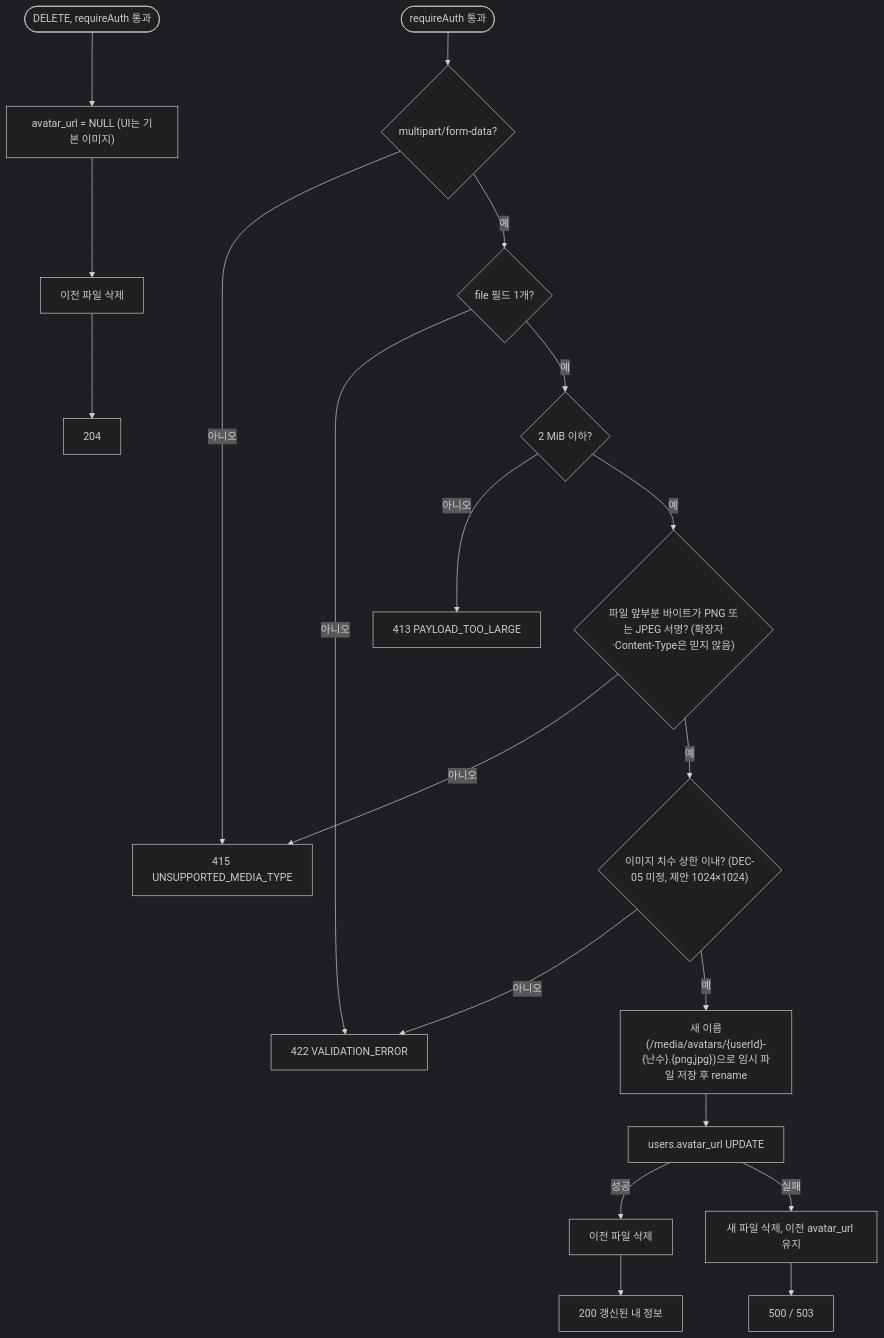
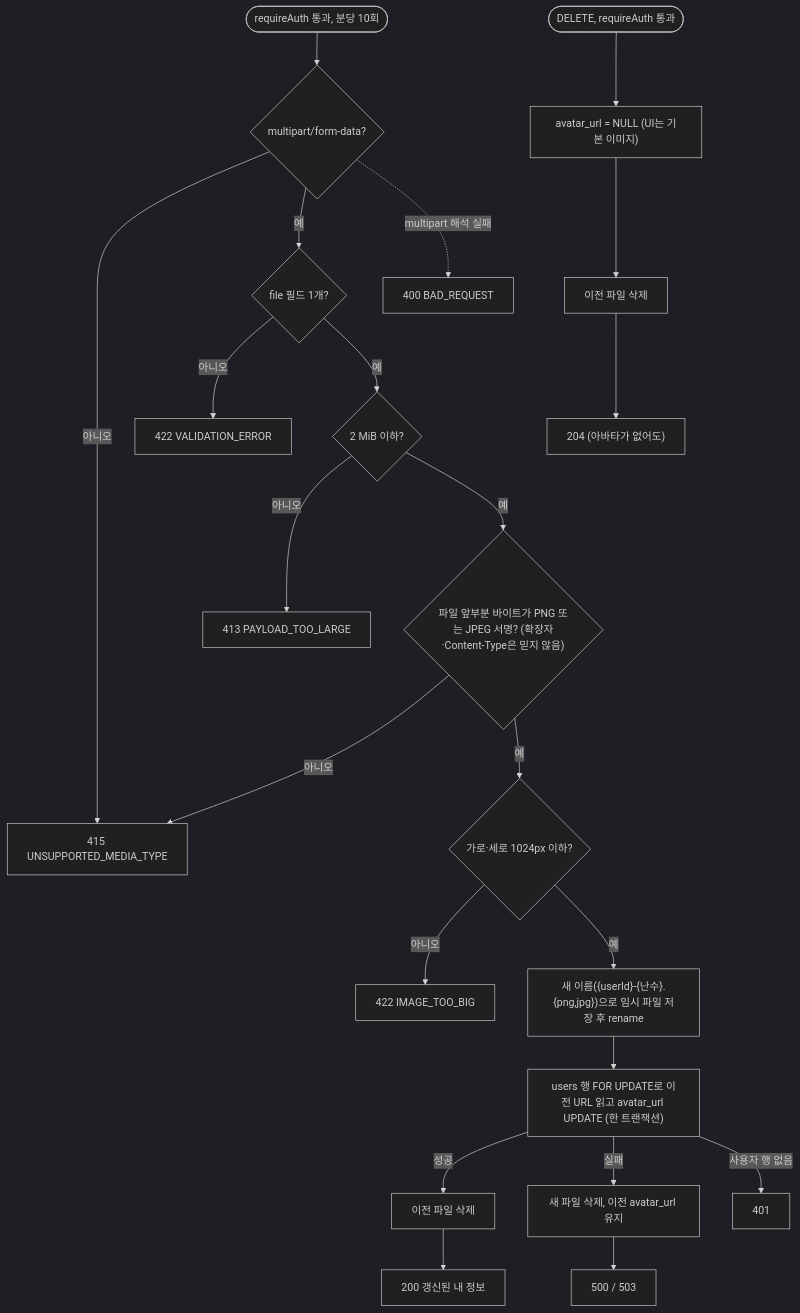
Diagram 46 of 49 in Document/SDS.md (EscapeFromGyeongsan/ft_transcendence), drawn with Mermaid (dark theme) before and after one commit. The commit also changed other lines of this file and 11 other files, not shown here.

Commit message:
feat(server): add avatar upload, delete and file serving

````diff
--- a/Document/SDS.md
+++ b/Document/SDS.md
@@ -1584,18 +1584,20 @@
 ```mermaid
 flowchart TD
-    S([requireAuth 통과]) --> M{multipart/form-data?}
+    S([requireAuth 통과, 분당 10회]) --> M{multipart/form-data?}
     M -->|아니오| R415[415 UNSUPPORTED_MEDIA_TYPE]
     M -->|예| F{file 필드 1개?}
     F -->|아니오| R422[422 VALIDATION_ERROR]
+    M -.->|multipart 해석 실패| R400[400 BAD_REQUEST]
     F -->|예| Size{2 MiB 이하?}
     Size -->|아니오| R413[413 PAYLOAD_TOO_LARGE]
     Size -->|예| Magic{"파일 앞부분 바이트가 PNG 또는 JPEG 서명? (확장자·Content-Type은 믿지 않음)"}
     Magic -->|아니오| R415
-    Magic -->|예| Dim{"이미지 치수 상한 이내? (DEC-05 미정, 제안 1024×1024)"}
-    Dim -->|아니오| R422
-    Dim -->|예| Write["새 이름(/media/avatars/{userId}-{난수}.{png,jpg})으로 임시 파일 저장 후 rename"]
-    Write --> Up["users.avatar_url UPDATE"]
+    Magic -->|예| Dim{"가로·세로 1024px 이하?"}
+    Dim -->|아니오| R422b[422 IMAGE_TOO_BIG]
+    Dim -->|예| Write["새 이름({userId}-{난수}.{png,jpg})으로 임시 파일 저장 후 rename"]
+    Write --> Up["users 행 FOR UPDATE로 이전 URL 읽고 avatar_url UPDATE (한 트랜잭션)"]
     Up -->|성공| Old[이전 파일 삭제] --> R200[200 갱신된 내 정보]
     Up -->|실패| Clean[새 파일 삭제, 이전 avatar_url 유지] --> R5xx[500 / 503]
-    S2([DELETE, requireAuth 통과]) --> Null["avatar_url = NULL (UI는 기본 이미지)"] --> Del[이전 파일 삭제] --> R204[204]
+    Up -->|사용자 행 없음| R401[401]
+    S2([DELETE, requireAuth 통과]) --> Null["avatar_url = NULL (UI는 기본 이미지)"] --> Del[이전 파일 삭제] --> R204["204 (아바타가 없어도)"]
 ```
````
